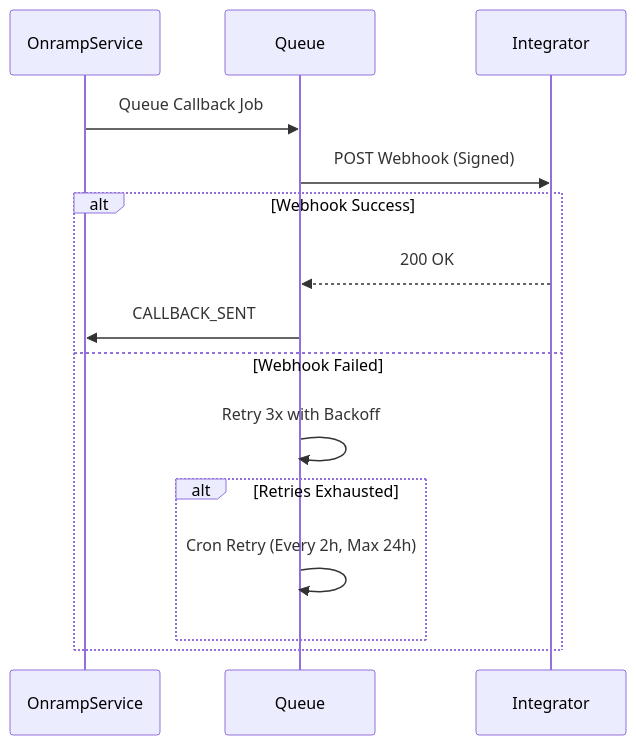
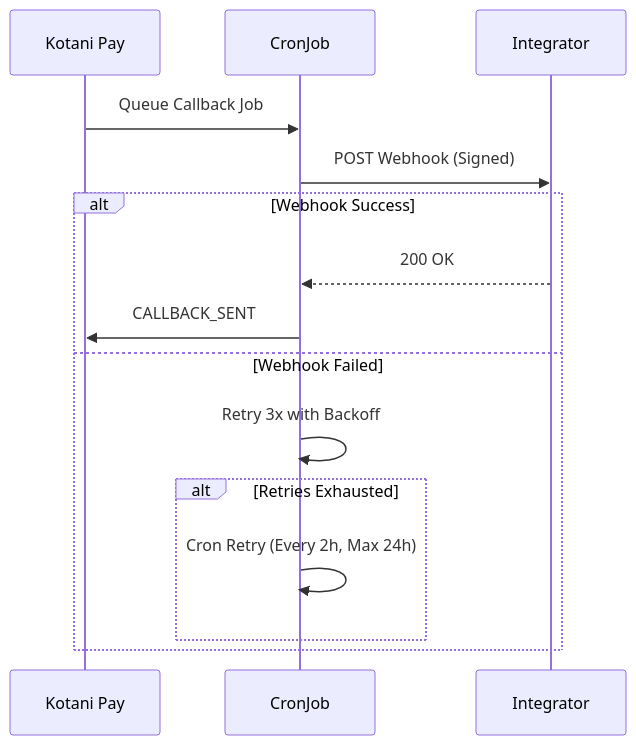
One commit to john-muinde/docs changed the ninth of 9 diagrams in v3/flows/onramp-flow.mdx. Above: the diagram before and after it, drawn with Mermaid. The commit also changed other lines of this file and 5 other files, not shown here.

````diff
--- a/v3/flows/onramp-flow.mdx
+++ b/v3/flows/onramp-flow.mdx
@@ -206,19 +190,19 @@
 ```mermaid
 sequenceDiagram
-    participant OnrampService
-    participant Queue
+    participant Kotani Pay
+    participant CronJob
     participant Integrator
 
-    OnrampService->>Queue: Queue Callback Job
-    Queue->>Integrator: POST Webhook (Signed)
+    Kotani Pay->>CronJob: Queue Callback Job
+    CronJob->>Integrator: POST Webhook (Signed)
 
     alt Webhook Success
-        Integrator-->>Queue: 200 OK
-        Queue->>OnrampService: CALLBACK_SENT
+        Integrator-->>CronJob: 200 OK
+        CronJob->>Kotani Pay: CALLBACK_SENT
     else Webhook Failed
-        Queue->>Queue: Retry 3x with Backoff
+        CronJob->>CronJob: Retry 3x with Backoff
         alt Retries Exhausted
-            Queue->>Queue: Cron Retry (Every 2h, Max 24h)
+            CronJob->>CronJob: Cron Retry (Every 2h, Max 24h)
         end
     end
 ```
````
